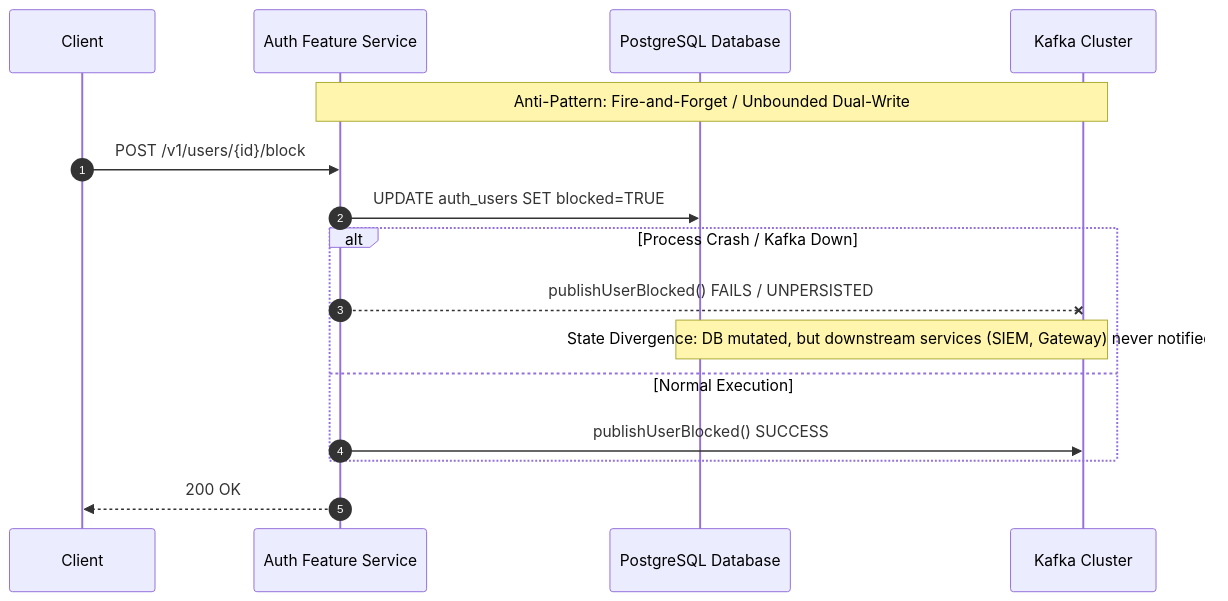
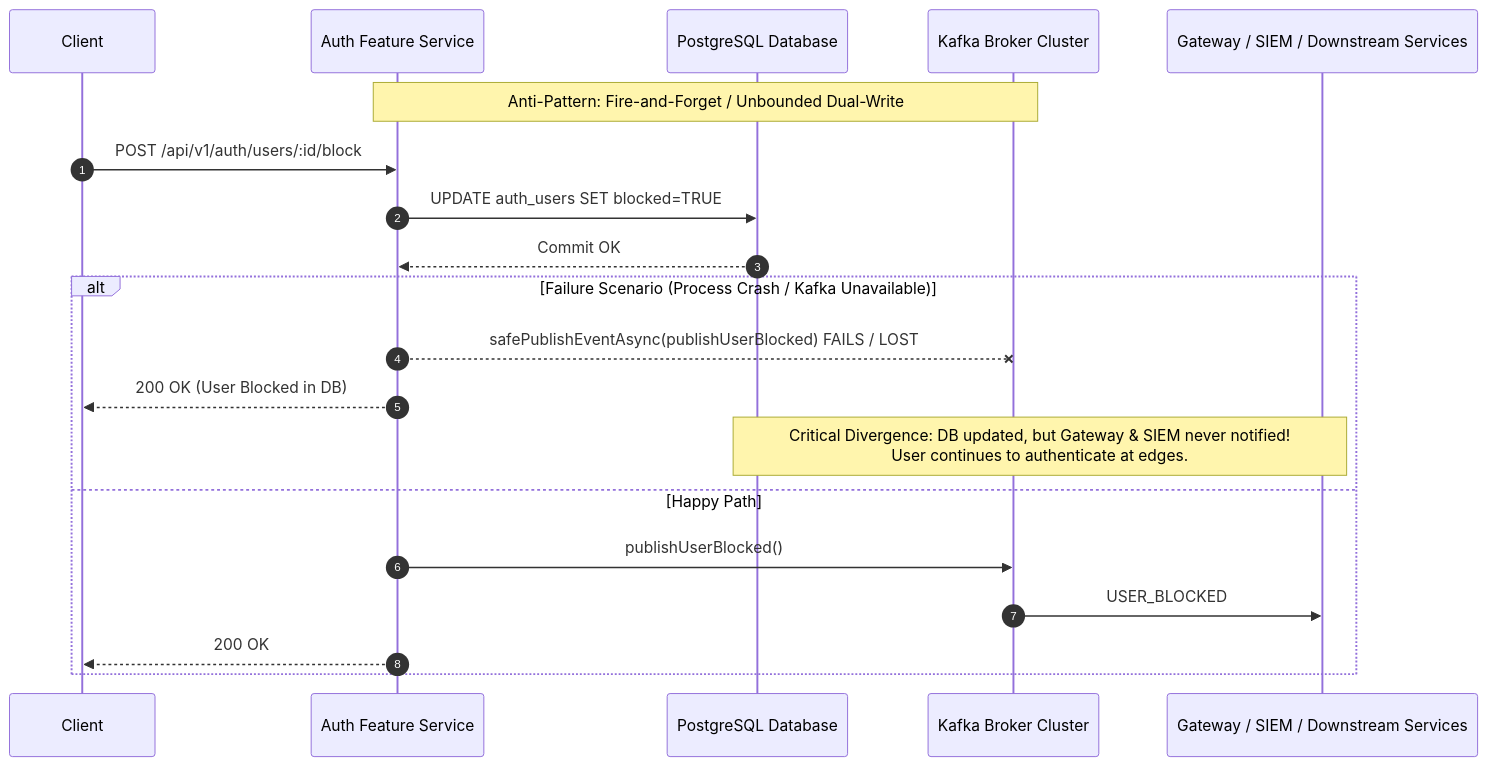
The first of 7 diagrams in adr/0045-transactional-outbox-kafka-event-pipeline.md (Scaibu/auth), drawn with Mermaid before and after one commit. The commit also changed other lines of this file, not shown here.

Commit message:
docs(adr): update ADR 0045 with comprehensive end-to-end execution flows and diagrams

````diff
--- a/adr/0045-transactional-outbox-kafka-event-pipeline.md
+++ b/adr/0045-transactional-outbox-kafka-event-pipeline.md
@@ -35,19 +62,23 @@
 ```mermaid
 sequenceDiagram
     autonumber
     participant Client
     participant Service as Auth Feature Service
     participant DB as PostgreSQL Database
-    participant Kafka as Kafka Cluster
+    participant Kafka as Kafka Broker Cluster
+    participant Downstream as Gateway / SIEM / Downstream Services
 
     Note over Service,Kafka: Anti-Pattern: Fire-and-Forget / Unbounded Dual-Write
-    Client->>Service: POST /v1/users/{id}/block
+    Client->>Service: POST /api/v1/auth/users/:id/block
     Service->>DB: UPDATE auth_users SET blocked=TRUE
-    alt Process Crash / Kafka Down
-        Service--xKafka: publishUserBlocked() FAILS / UNPERSISTED
-        Note over DB,Kafka: State Divergence: DB mutated, but downstream services (SIEM, Gateway) never notified!
-    else Normal Execution
-        Service->>Kafka: publishUserBlocked() SUCCESS
+    DB-->>Service: Commit OK
+    alt Failure Scenario (Process Crash / Kafka Unavailable)
+        Service--xKafka: safePublishEventAsync(publishUserBlocked) FAILS / LOST
+        Service-->>Client: 200 OK (User Blocked in DB)
+        Note over DB,Downstream: Critical Divergence: DB updated, but Gateway & SIEM never notified!<br/>User continues to authenticate at edges.
+    else Happy Path
+        Service->>Kafka: publishUserBlocked()
+        Kafka->>Downstream: USER_BLOCKED
+        Service-->>Client: 200 OK
     end
-    Service-->>Client: 200 OK
 ```
````
